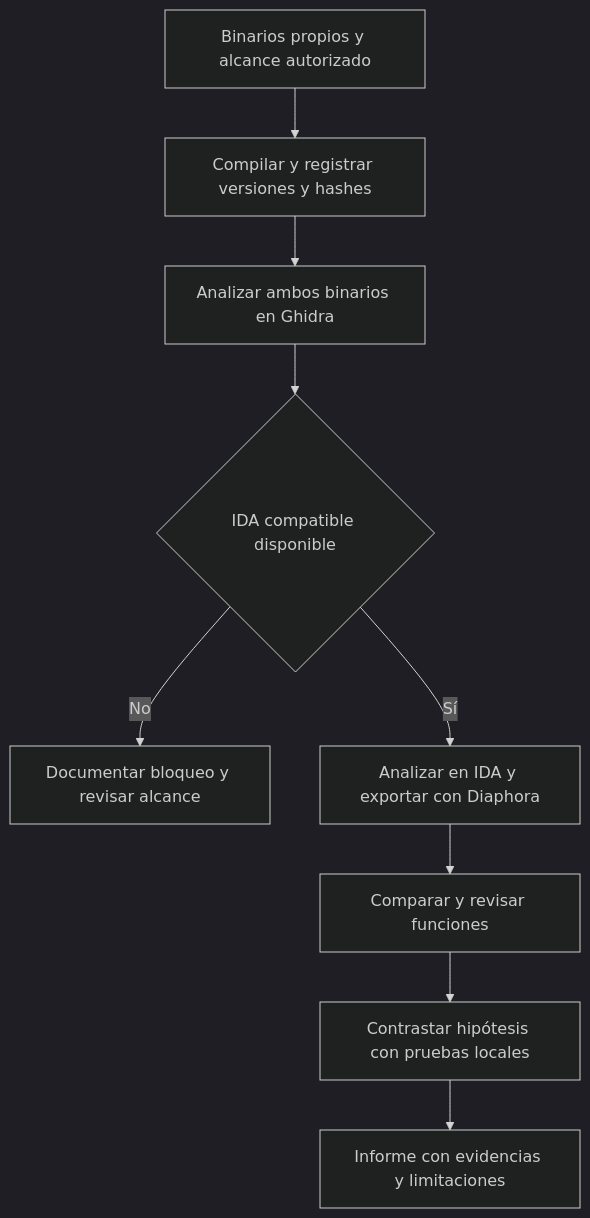
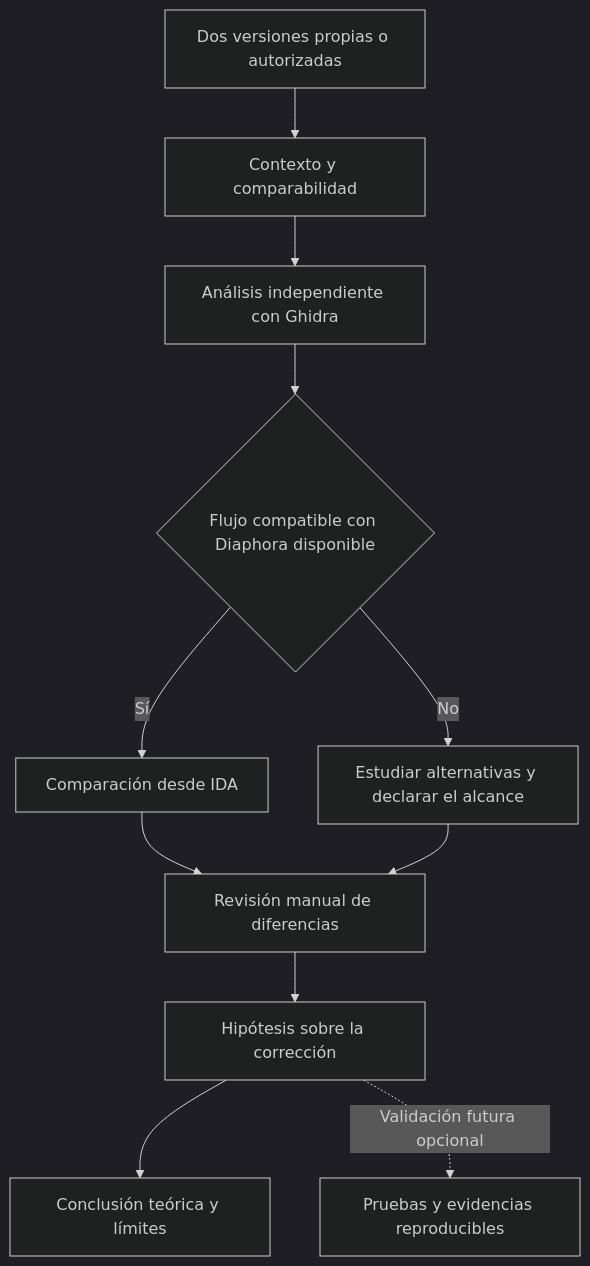
Before and after one commit to ppolo1/From-Patch-to-Root-Cause-Binary-Diffing-de-Vulnerabilidades-con-Diaphora-y-Ghidra: the diagram in diagrams/flujo.md, drawn with Mermaid (dark theme). The commit also changed other lines of this file and 13 other files, not shown here.

Commit message:
Reorienta el proyecto como guía teórica de análisis de parches binarios

````diff
--- a/diagrams/flujo.md
+++ b/diagrams/flujo.md
@@ -5,11 +5,13 @@
 ```mermaid
 flowchart TD
-    A[Binarios propios y alcance autorizado] --> B[Compilar y registrar versiones y hashes]
-    B --> C[Analizar ambos binarios en Ghidra]
-    C --> D{IDA compatible disponible}
-    D -->|No| E[Documentar bloqueo y revisar alcance]
-    D -->|Sí| F[Analizar en IDA y exportar con Diaphora]
-    F --> G[Comparar y revisar funciones]
-    G --> H[Contrastar hipótesis con pruebas locales]
-    H --> I[Informe con evidencias y limitaciones]
+    A[Dos versiones propias o autorizadas] --> B[Contexto y comparabilidad]
+    B --> C[Análisis independiente con Ghidra]
+    C --> D{Flujo compatible con Diaphora disponible}
+    D -->|Sí| E[Comparación desde IDA]
+    D -->|No| F[Estudiar alternativas y declarar el alcance]
+    E --> G[Revisión manual de diferencias]
+    F --> G
+    G --> H[Hipótesis sobre la corrección]
+    H --> I[Conclusión teórica y límites]
+    H -. Validación futura opcional .-> J[Pruebas y evidencias reproducibles]
 ```
````
